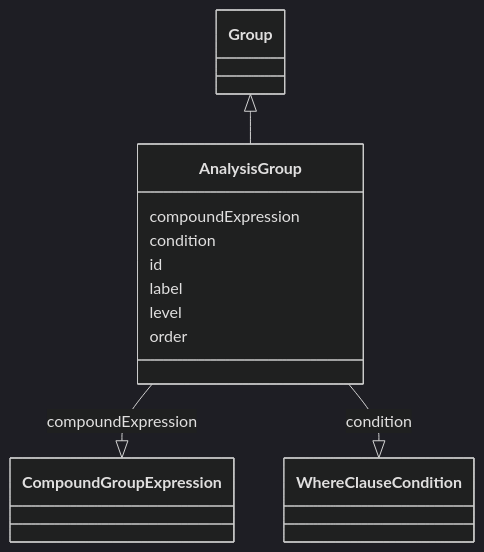
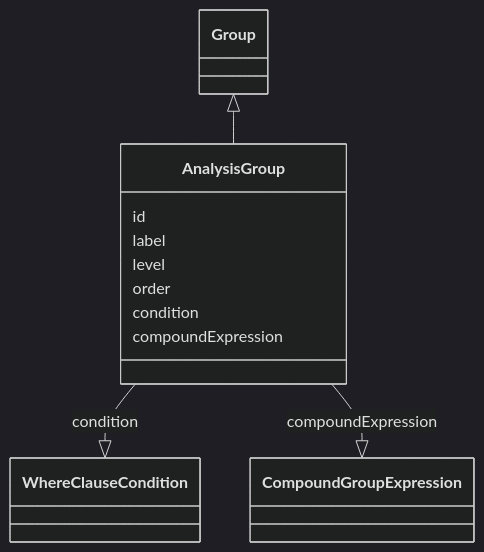
Before and after one commit to cdisc-org/analysis-results-standard: the diagram in project/docs/AnalysisGroup.md, drawn with Mermaid (dark theme). The commit also changed other lines of this file and 192 other files, not shown here.

````diff
--- a/project/docs/AnalysisGroup.md
+++ b/project/docs/AnalysisGroup.md
@@ -15,23 +13,15 @@
 ```mermaid
  classDiagram
     class AnalysisGroup
       Group <|-- AnalysisGroup
-      
-      AnalysisGroup : compoundExpression
+
+      AnalysisGroup : id
+        AnalysisGroup : label
+        AnalysisGroup : level
+        AnalysisGroup : order
+        AnalysisGroup : condition
+        AnalysisGroup --|> WhereClauseCondition : condition
+        AnalysisGroup : compoundExpression
+        AnalysisGroup --|> CompoundGroupExpression : compoundExpression
         
-          AnalysisGroup --|> CompoundGroupExpression : compoundExpression
-        
-      AnalysisGroup : condition
-        
-          AnalysisGroup --|> WhereClauseCondition : condition
-        
-      AnalysisGroup : id
-        
-      AnalysisGroup : label
-        
-      AnalysisGroup : level
-        
-      AnalysisGroup : order
-        
-      
 ```
````
